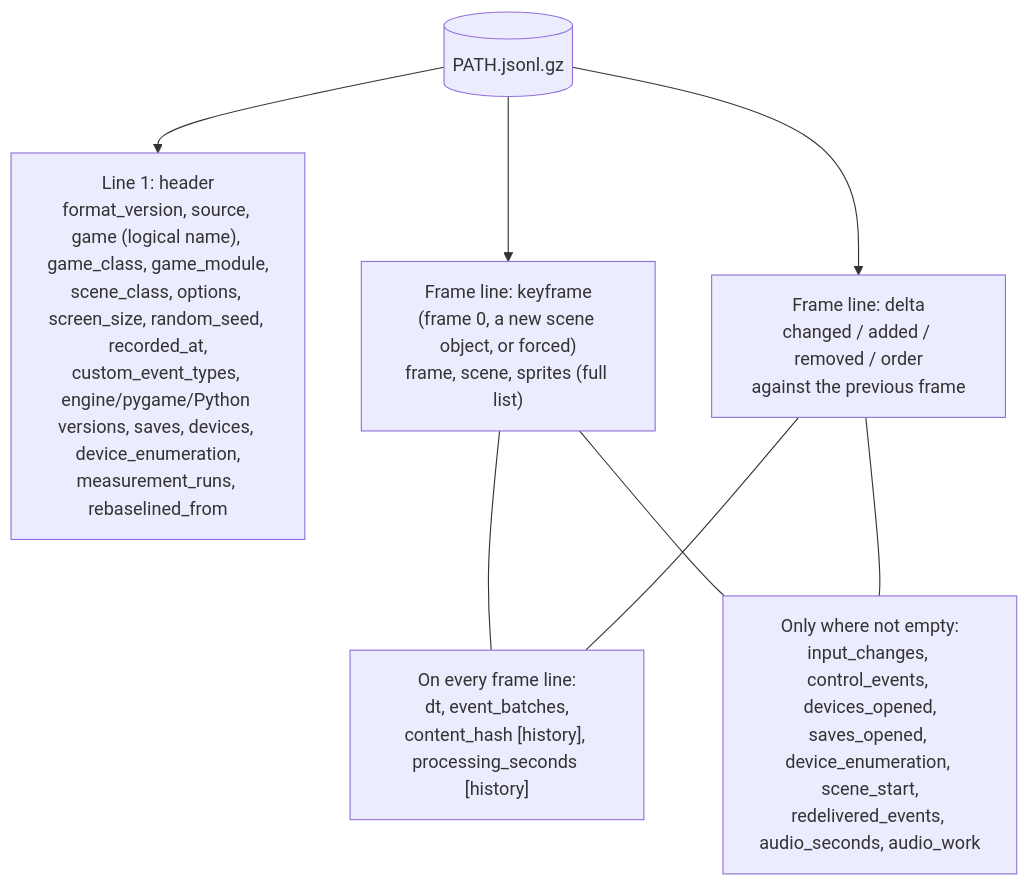
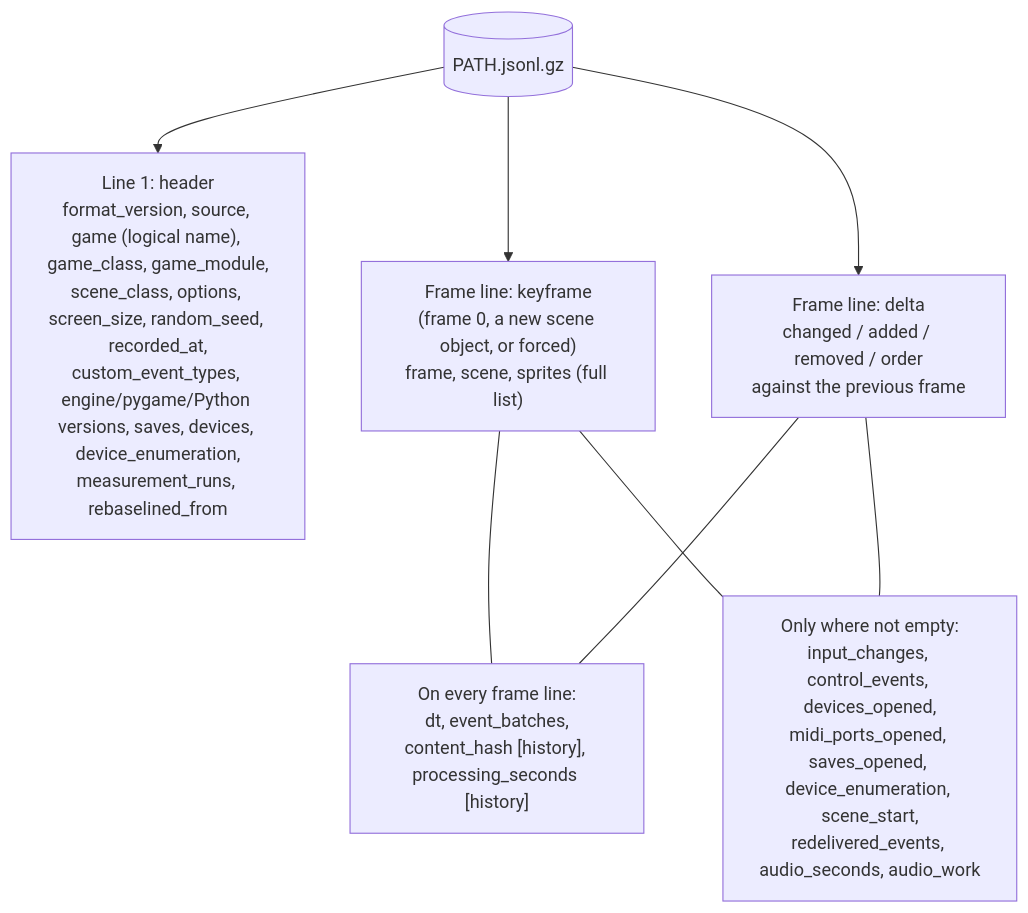
The first of 2 diagrams in docs/architecture/playback/recording-file.md (terrysimons/glitchygames), drawn with Mermaid before and after one commit. The commit also changed other lines of this file and 11 other files, not shown here.

First line of the commit message:
MIDI devices: ports open through the door once per process; replays open stand-ins

````diff
--- a/docs/architecture/playback/recording-file.md
+++ b/docs/architecture/playback/recording-file.md
@@ -17,17 +17,17 @@
 ```mermaid
 flowchart TD
     file[("PATH.jsonl.gz")]
     header["Line 1: header<br/>format_version, source, game (logical name), game_class, game_module,<br/>scene_class, options, screen_size, random_seed, recorded_at,<br/>custom_event_types, engine/pygame/Python versions, saves, devices, device_enumeration,<br/>measurement_runs, rebaselined_from"]
     key["Frame line: keyframe<br/>(frame 0, a new scene object, or forced)<br/>frame, scene, sprites (full list)"]
     delta["Frame line: delta<br/>changed / added / removed / order<br/>against the previous frame"]
     always["On every frame line:<br/>dt, event_batches,<br/>content_hash [history], processing_seconds [history]"]
-    sometimes["Only where not empty:<br/>input_changes, control_events, devices_opened,<br/>saves_opened, device_enumeration, scene_start,<br/>redelivered_events, audio_seconds, audio_work"]
+    sometimes["Only where not empty:<br/>input_changes, control_events, devices_opened,<br/>midi_ports_opened, saves_opened, device_enumeration, scene_start,<br/>redelivered_events, audio_seconds, audio_work"]
 
     file --> header
     file --> key
     file --> delta
     key --- always
     delta --- always
     key --- sometimes
     delta --- sometimes
 ```
````
